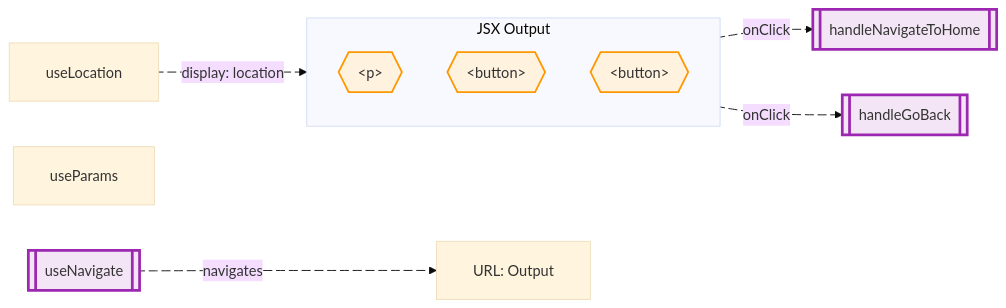
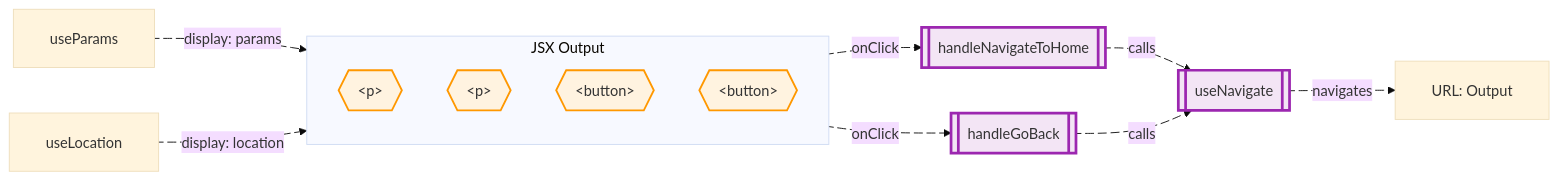
The diagram in examples/react-vite/src/components/140-ReactRouter-Navigation.mmd (shibukawa/web-component-analyzer), drawn with Mermaid before and after one commit. The commit also changed 51 other files, not shown here.

```diff
--- a/examples/react-vite/src/components/140-ReactRouter-Navigation.mmd
+++ b/examples/react-vite/src/components/140-ReactRouter-Navigation.mmd
@@ -1,41 +1,50 @@
 %%{init: {'theme': 'base', 'themeVariables': {'fontFamily': 'Comic Sans MS, cursive'}, 'flowchart': {'curve': 'basis', 'padding': 20}}}%%
 flowchart LR
   library_hook_0[["useNavigate"]]
   url_output_1["URL: Output"]
   library_hook_2["useParams"]
   library_hook_3["useLocation"]
   process_4[["handleNavigateToHome"]]
   process_5[["handleGoBack"]]
   jsx_element_0["p"]
-  jsx_element_1["button"]
+  jsx_element_1["p"]
   jsx_element_2["button"]
+  jsx_element_3["button"]
   subgraph subgraph_0["JSX Output"]
     direction TB
       jsx_element_0@{ shape: hex, label: "&lt;p&gt;" }
-      jsx_element_1@{ shape: hex, label: "&lt;button&gt;" }
+      jsx_element_1@{ shape: hex, label: "&lt;p&gt;" }
       jsx_element_2@{ shape: hex, label: "&lt;button&gt;" }
+      jsx_element_3@{ shape: hex, label: "&lt;button&gt;" }
   end
   library_hook_0 elibrary_hook_0_url_output_1@-->|"navigates"| url_output_1
   elibrary_hook_0_url_output_1@{ animate: true }
-  library_hook_3 elibrary_hook_3_jsx_element_0@-->|"display: location"| jsx_element_0
-  elibrary_hook_3_jsx_element_0@{ animate: true }
-  jsx_element_1 ejsx_element_1_process_4@-->|"onClick"| process_4
-  ejsx_element_1_process_4@{ animate: true }
-  jsx_element_2 ejsx_element_2_process_5@-->|"onClick"| process_5
-  ejsx_element_2_process_5@{ animate: true }
+  library_hook_2 elibrary_hook_2_jsx_element_0@-->|"display: params"| jsx_element_0
+  elibrary_hook_2_jsx_element_0@{ animate: true }
+  library_hook_3 elibrary_hook_3_jsx_element_1@-->|"display: location"| jsx_element_1
+  elibrary_hook_3_jsx_element_1@{ animate: true }
+  jsx_element_2 ejsx_element_2_process_4@-->|"onClick"| process_4
+  ejsx_element_2_process_4@{ animate: true }
+  jsx_element_3 ejsx_element_3_process_5@-->|"onClick"| process_5
+  ejsx_element_3_process_5@{ animate: true }
+  process_4 eprocess_4_library_hook_0@-->|"calls"| library_hook_0
+  eprocess_4_library_hook_0@{ animate: true }
+  process_5 eprocess_5_library_hook_0@-->|"calls"| library_hook_0
+  eprocess_5_library_hook_0@{ animate: true }
 
   %% Styling
   classDef inputProp fill:#E3F2FD,stroke:#2196F3,stroke-width:2px
   classDef outputProp fill:#FFF3E0,stroke:#FF9800,stroke-width:2px
   classDef process fill:#F3E5F5,stroke:#9C27B0,stroke-width:3px
   classDef dataStore fill:#E8F5E9,stroke:#4CAF50,stroke-width:2px
   classDef jsxElement fill:#FFF3E0,stroke:#FF9800,stroke-width:2px
   classDef contextData fill:#E1F5FE,stroke:#0288D1,stroke-width:2px
   classDef contextFunction fill:#FFF9C4,stroke:#F57C00,stroke-width:2px
   classDef exportedHandler fill:#E8F5E9,stroke:#4CAF50,stroke-width:2px
   class library_hook_0 process
   class process_4 process
   class process_5 process
   class jsx_element_0 jsxElement
   class jsx_element_1 jsxElement
   class jsx_element_2 jsxElement
+  class jsx_element_3 jsxElement
```
